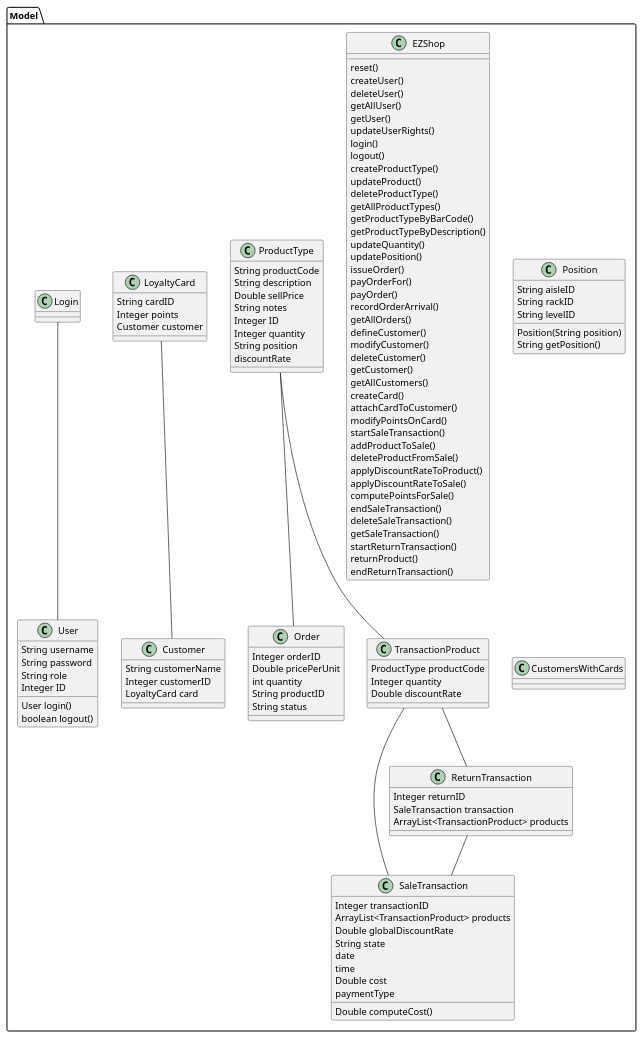
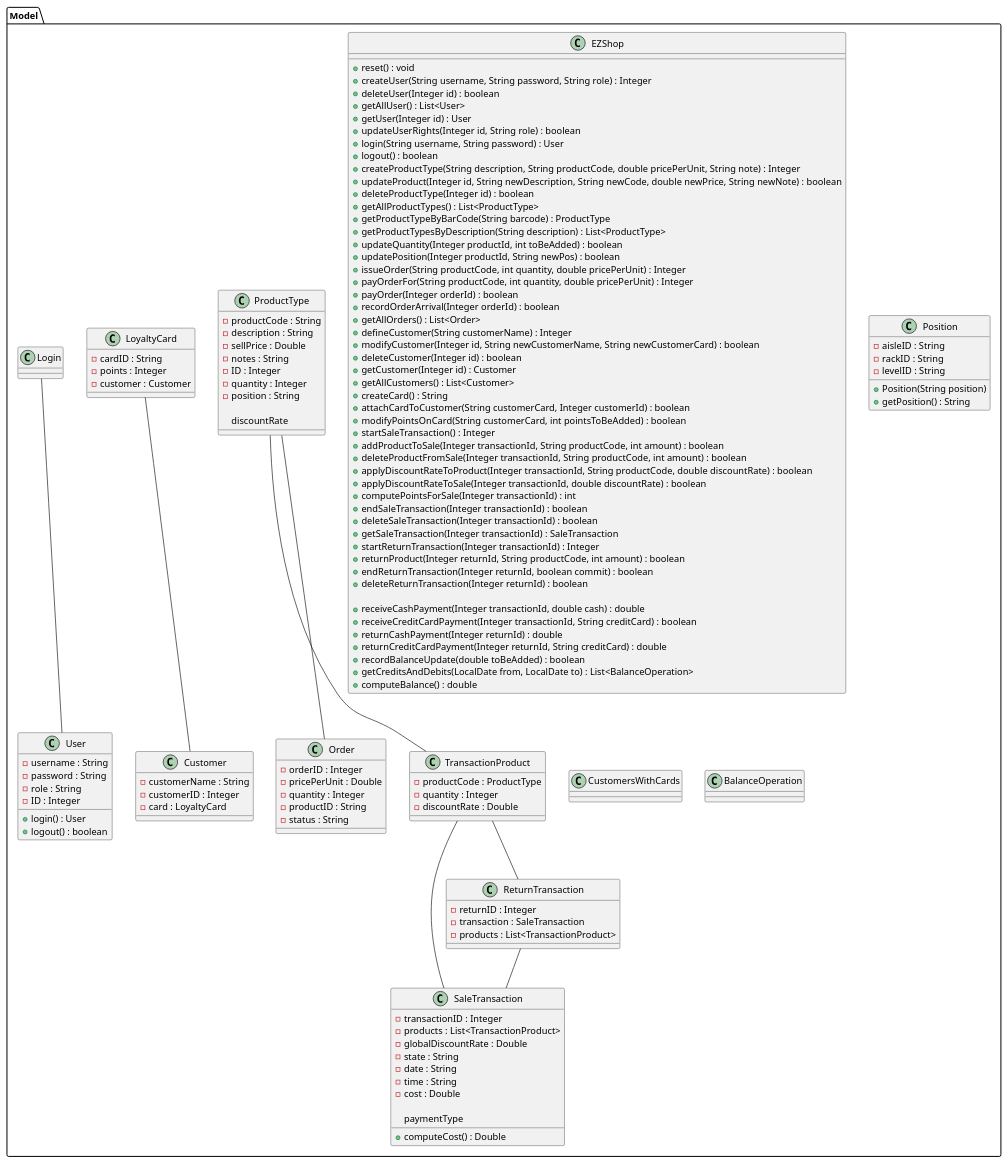
The first of 2 diagrams in Deliverables/DesignDocument.md (giuseppesalvi/ezshop), drawn with PlantUML before and after one commit.

Commit message:
Update DesignDocument.md: added public/private for attributes and signature for methods

```diff
--- a/Deliverables/DesignDocument.md
+++ b/Deliverables/DesignDocument.md
@@ -37,95 +37,105 @@
 @startuml
 package Model {
 Class EZShop{
-    reset()
-    createUser()
-    deleteUser()
-    getAllUser()
-    getUser()
-    updateUserRights()
-    login()
-    logout()
-    createProductType()
-    updateProduct()
-    deleteProductType()
-    getAllProductTypes()
-    getProductTypeByBarCode()
-    getProductTypeByDescription()
-    updateQuantity()
-    updatePosition()
-    issueOrder()
-    payOrderFor()
-    payOrder()
-    recordOrderArrival()
-    getAllOrders()
-    defineCustomer()
-    modifyCustomer()
-    deleteCustomer()
-    getCustomer()
-    getAllCustomers()
-    createCard()
-    attachCardToCustomer()
-    modifyPointsOnCard()
-    startSaleTransaction()
-    addProductToSale()
-    deleteProductFromSale()
-    applyDiscountRateToProduct()
-    applyDiscountRateToSale()
-    computePointsForSale()
-    endSaleTransaction()
-    deleteSaleTransaction()
-    getSaleTransaction()
-    startReturnTransaction()
-    returnProduct()
-    endReturnTransaction()
+    +reset() : void
+    +createUser(String username, String password, String role) : Integer
+    +deleteUser(Integer id) : boolean
+    +getAllUser() : List<User>
+    +getUser(Integer id) : User
+    +updateUserRights(Integer id, String role) : boolean
+    +login(String username, String password) : User
+    +logout() : boolean
+    +createProductType(String description, String productCode, double pricePerUnit, String note) : Integer
+    +updateProduct(Integer id, String newDescription, String newCode, double newPrice, String newNote) : boolean
+    +deleteProductType(Integer id) : boolean
+    +getAllProductTypes() : List<ProductType>
+    +getProductTypeByBarCode(String barcode) : ProductType
+    +getProductTypesByDescription(String description) : List<ProductType> 
+    +updateQuantity(Integer productId, int toBeAdded) : boolean
+    +updatePosition(Integer productId, String newPos) : boolean
+    +issueOrder(String productCode, int quantity, double pricePerUnit) : Integer
+    +payOrderFor(String productCode, int quantity, double pricePerUnit) : Integer
+    +payOrder(Integer orderId) : boolean
+    +recordOrderArrival(Integer orderId) : boolean
+    +getAllOrders() : List<Order>
+    +defineCustomer(String customerName) : Integer
+    +modifyCustomer(Integer id, String newCustomerName, String newCustomerCard) : boolean
+    +deleteCustomer(Integer id) : boolean
+    +getCustomer(Integer id) : Customer
+    +getAllCustomers() : List<Customer>
+    +createCard() : String
+    +attachCardToCustomer(String customerCard, Integer customerId) : boolean
+    +modifyPointsOnCard(String customerCard, int pointsToBeAdded) : boolean
+    +startSaleTransaction() : Integer
+    +addProductToSale(Integer transactionId, String productCode, int amount) : boolean
+    +deleteProductFromSale(Integer transactionId, String productCode, int amount) : boolean
+    +applyDiscountRateToProduct(Integer transactionId, String productCode, double discountRate) : boolean
+    +applyDiscountRateToSale(Integer transactionId, double discountRate) : boolean
+    +computePointsForSale(Integer transactionId) : int
+    +endSaleTransaction(Integer transactionId) : boolean
+    +deleteSaleTransaction(Integer transactionId) : boolean
+    +getSaleTransaction(Integer transactionId) : SaleTransaction
+    +startReturnTransaction(Integer transactionId) : Integer
+    +returnProduct(Integer returnId, String productCode, int amount) : boolean
+    +endReturnTransaction(Integer returnId, boolean commit) : boolean
+    +deleteReturnTransaction(Integer returnId) : boolean
+
+    +receiveCashPayment(Integer transactionId, double cash) : double
+    +receiveCreditCardPayment(Integer transactionId, String creditCard) : boolean
+    +returnCashPayment(Integer returnId) : double
+    +returnCreditCardPayment(Integer returnId, String creditCard) : double
+    +recordBalanceUpdate(double toBeAdded) : boolean
+    +getCreditsAndDebits(LocalDate from, LocalDate to) : List<BalanceOperation>
+    +computeBalance() : double
 }
 
 Class User {
-    String username
-    String password
-    String role
-    Integer ID
-    User login()
-    boolean logout()
+    -username : String
+    -password : String
+    -role : String
+    -ID : Integer
+    +login() : User
+    +logout() : boolean
 }
 
 
 class ProductType{
-    String productCode
-    String description
-    Double sellPrice
-    String notes
-    Integer ID
-    Integer quantity
-    String position
+    -productCode : String
+    -description : String
+    -sellPrice : Double
+    -notes : String
+    -ID : Integer
+    -quantity : Integer
+    -position : String
+
     discountRate
 }
 
 class Position{
-    String aisleID
-    String rackID
-    String levelID
-    Position(String position)
-    String getPosition()
+    -aisleID : String
+    -rackID : String
+    -levelID : String
+    +Position(String position)
+    +getPosition() : String
 }
 class Order {
-    Integer orderID
-    Double pricePerUnit
-    int quantity
-    String productID
-    String status
+    -orderID : Integer
+    -pricePerUnit : Double
+    -quantity : Integer
+    -productID : String
+    -status : String
 }
 
 class Customer{
-    String customerName
-    Integer customerID
-    LoyaltyCard card
+    -customerName : String
+    -customerID : Integer
+    -card : LoyaltyCard
 }
 
 class LoyaltyCard{
-    String cardID
-    Integer points
-    Customer customer
+    -cardID : String
+    -points : Integer
+    -customer : Customer
 }
 
 class CustomersWithCards{
@@ -133,28 +143,33 @@
 }
 
 class SaleTransaction {
-    Integer transactionID
-    ArrayList<TransactionProduct> products
-    Double globalDiscountRate
-    String state
-    date
-    time
-    Double cost
+    -transactionID : Integer
+    -products : List<TransactionProduct>
+    -globalDiscountRate : Double
+    -state : String
+    -date : String
+    -time : String
+    -cost : Double
+
     paymentType
 
-    Double computeCost()
+    +computeCost() : Double
 }
 
 class TransactionProduct{
-    ProductType productCode
-    Integer quantity
-    Double discountRate
+    -productCode : ProductType
+    -quantity : Integer
+    -discountRate : Double
 }
 
 class ReturnTransaction{
-    Integer returnID
-    SaleTransaction transaction
-    ArrayList<TransactionProduct> products
+    -returnID : Integer
+    -transaction : SaleTransaction
+    -products : List<TransactionProduct>
+}
+
+class BalanceOperation{
+
 }
 
 Login -- User
```
